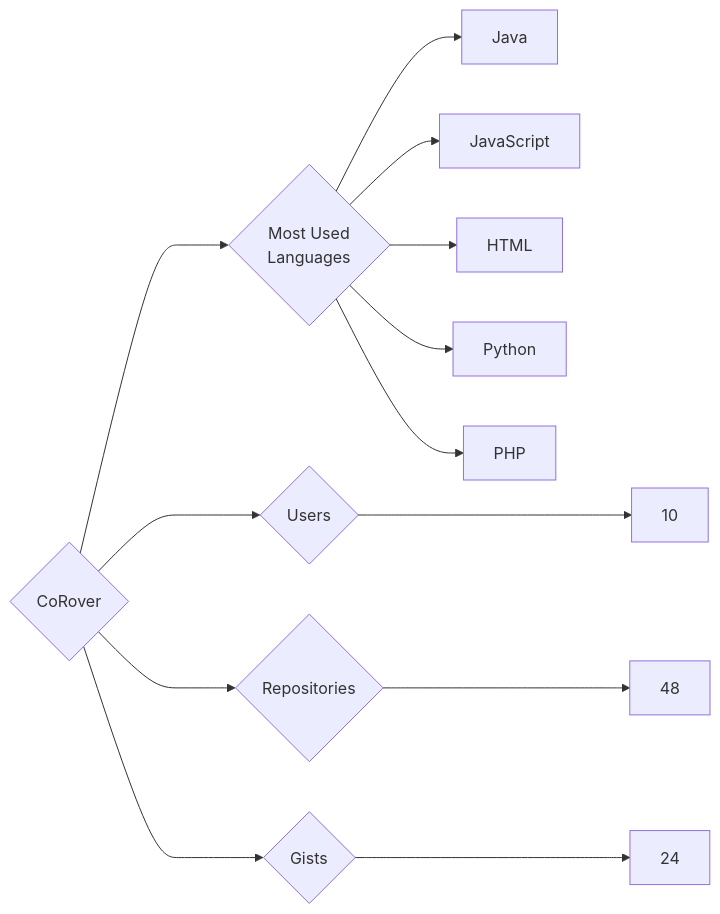
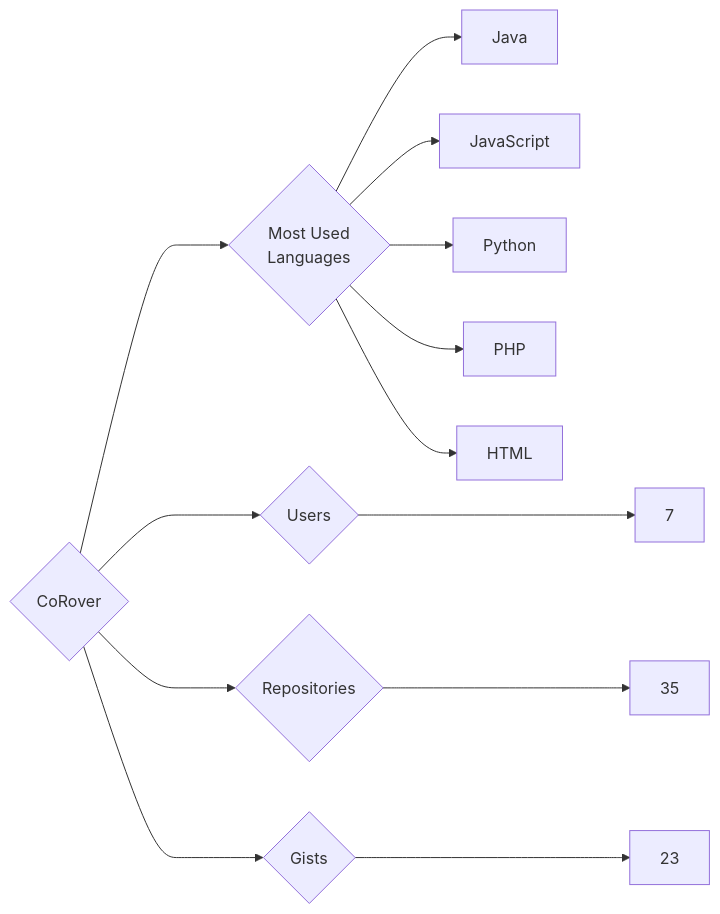
The diagram in targets/CoRover/README.md (trickest/insiders), drawn with Mermaid before and after one commit. The commit also changed 1120 other files, not shown here.

````diff
--- a/targets/CoRover/README.md
+++ b/targets/CoRover/README.md
@@ -3,13 +3,13 @@
 ```mermaid
 graph LR
 COMPANY_NAME{CoRover}
-COMPANY_NAME ---> U{Users} ---> UN[10]
-COMPANY_NAME ---> R{Repositories} ---> RN[48]
-COMPANY_NAME ---> G{Gists} ---> GN[24]
+COMPANY_NAME ---> U{Users} ---> UN[7]
+COMPANY_NAME ---> R{Repositories} ---> RN[35]
+COMPANY_NAME ---> G{Gists} ---> GN[23]
 COMPANY_NAME ---> ML{Most Used<br>Languages}
 ML --> Java[Java]
 ML --> JavaScript[JavaScript]
-ML --> HTML[HTML]
 ML --> Python[Python]
 ML --> PHP[PHP]
+ML --> HTML[HTML]
 ```
````
